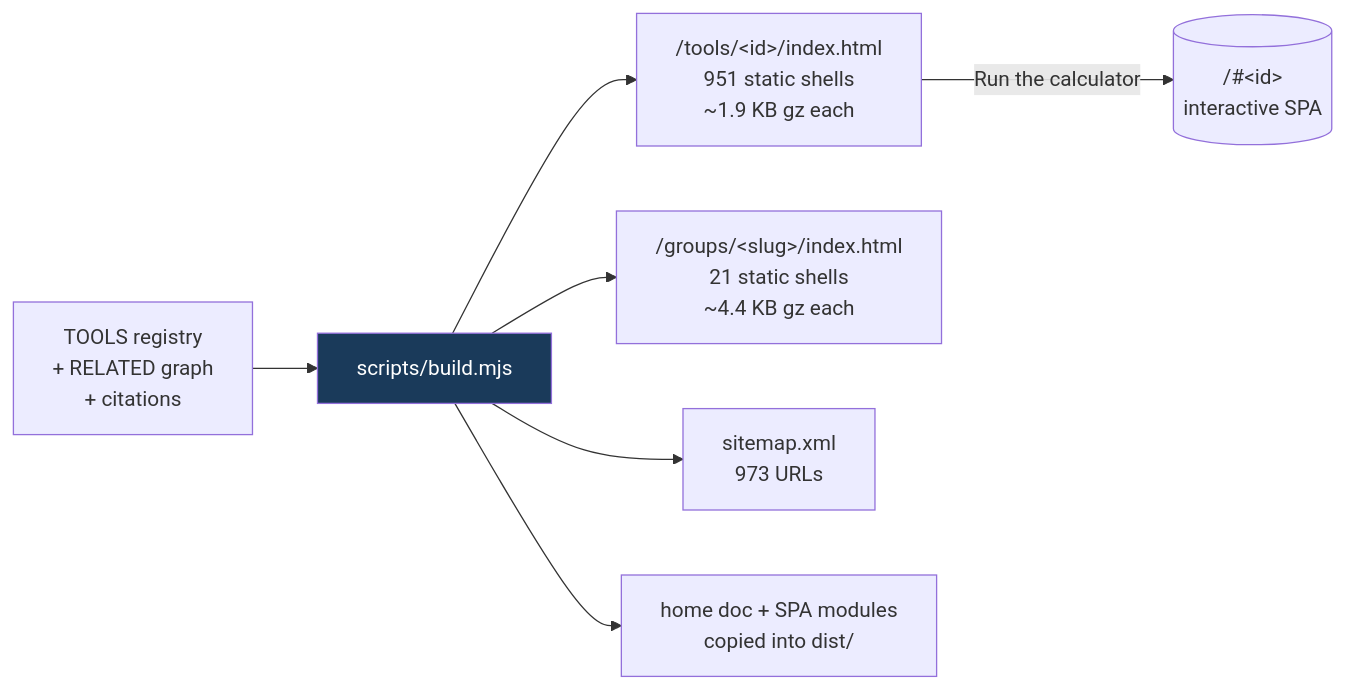
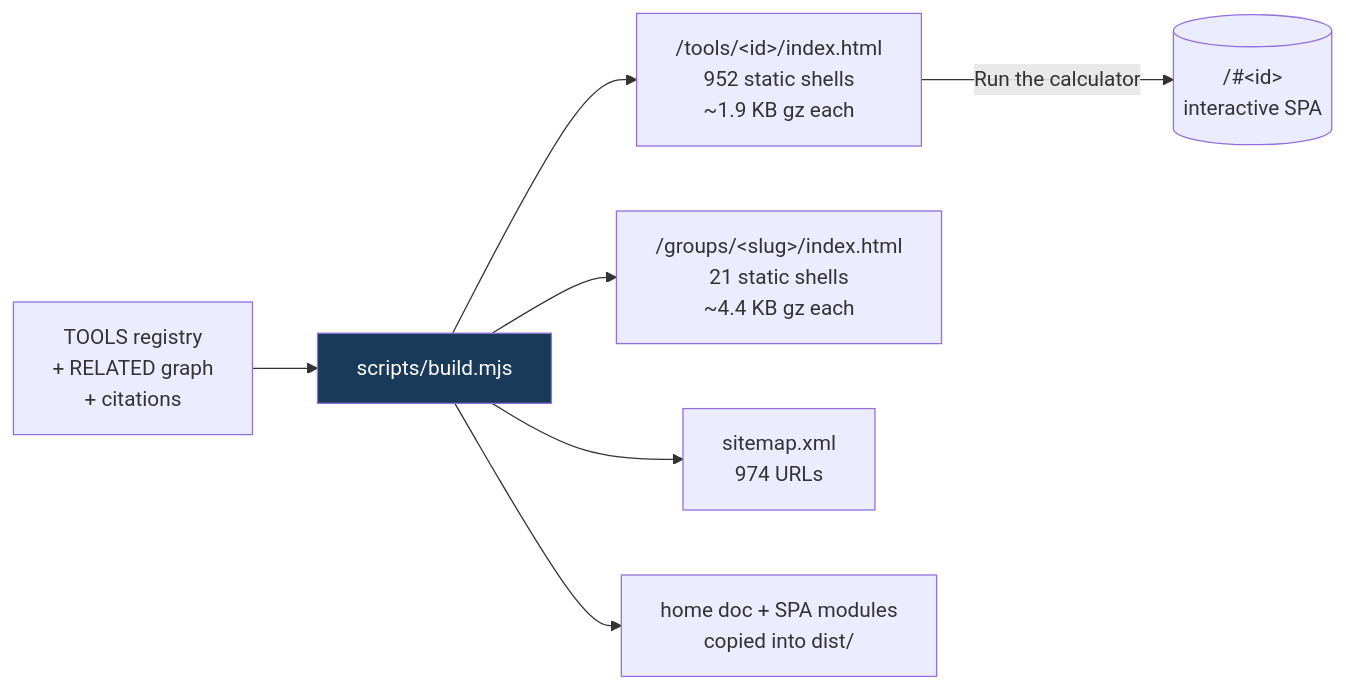
Before and after one commit to clay-good/roughlogic.com: the fifth of 8 diagrams in README.md, drawn with Mermaid. The commit also changed other lines of this file and 12 other files, not shown here.

````diff
--- a/README.md
+++ b/README.md
@@ -495,10 +495,10 @@
 ```mermaid
 flowchart LR
     SRC[TOOLS registry\n+ RELATED graph\n+ citations] --> BUILD[scripts/build.mjs]
-    BUILD --> TILE["/tools/&lt;id&gt;/index.html\n951 static shells\n~1.9 KB gz each"]
+    BUILD --> TILE["/tools/&lt;id&gt;/index.html\n952 static shells\n~1.9 KB gz each"]
     BUILD --> GROUP["/groups/&lt;slug&gt;/index.html\n21 static shells\n~4.4 KB gz each"]
-    BUILD --> MAP["sitemap.xml\n973 URLs"]
+    BUILD --> MAP["sitemap.xml\n974 URLs"]
     BUILD --> COPY[home doc + SPA modules\ncopied into dist/]
     TILE -->|Run the calculator| SPA[("/#&lt;id&gt;\ninteractive SPA")]
     style BUILD fill:#1a3a5a,color:#fff
 ```
````
